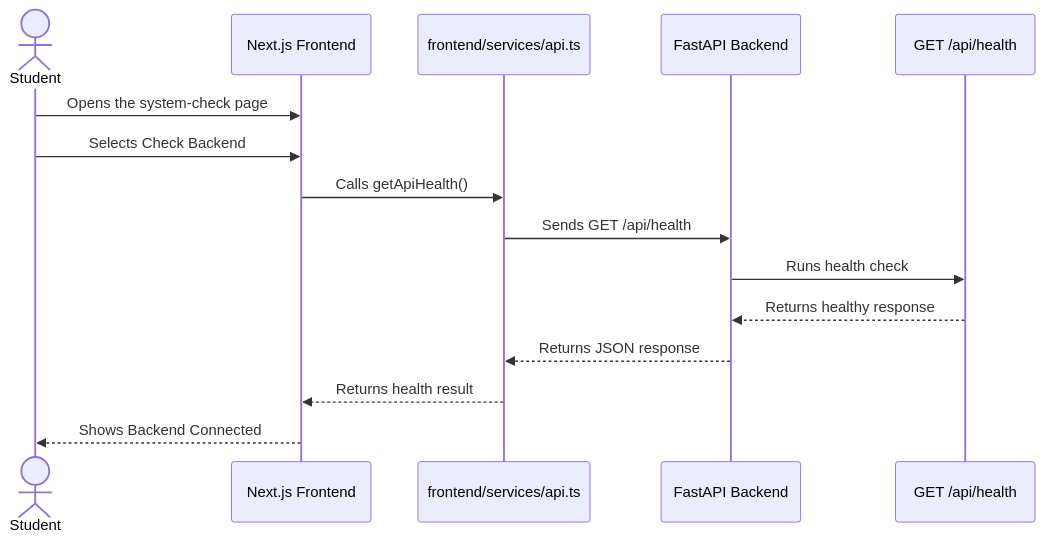
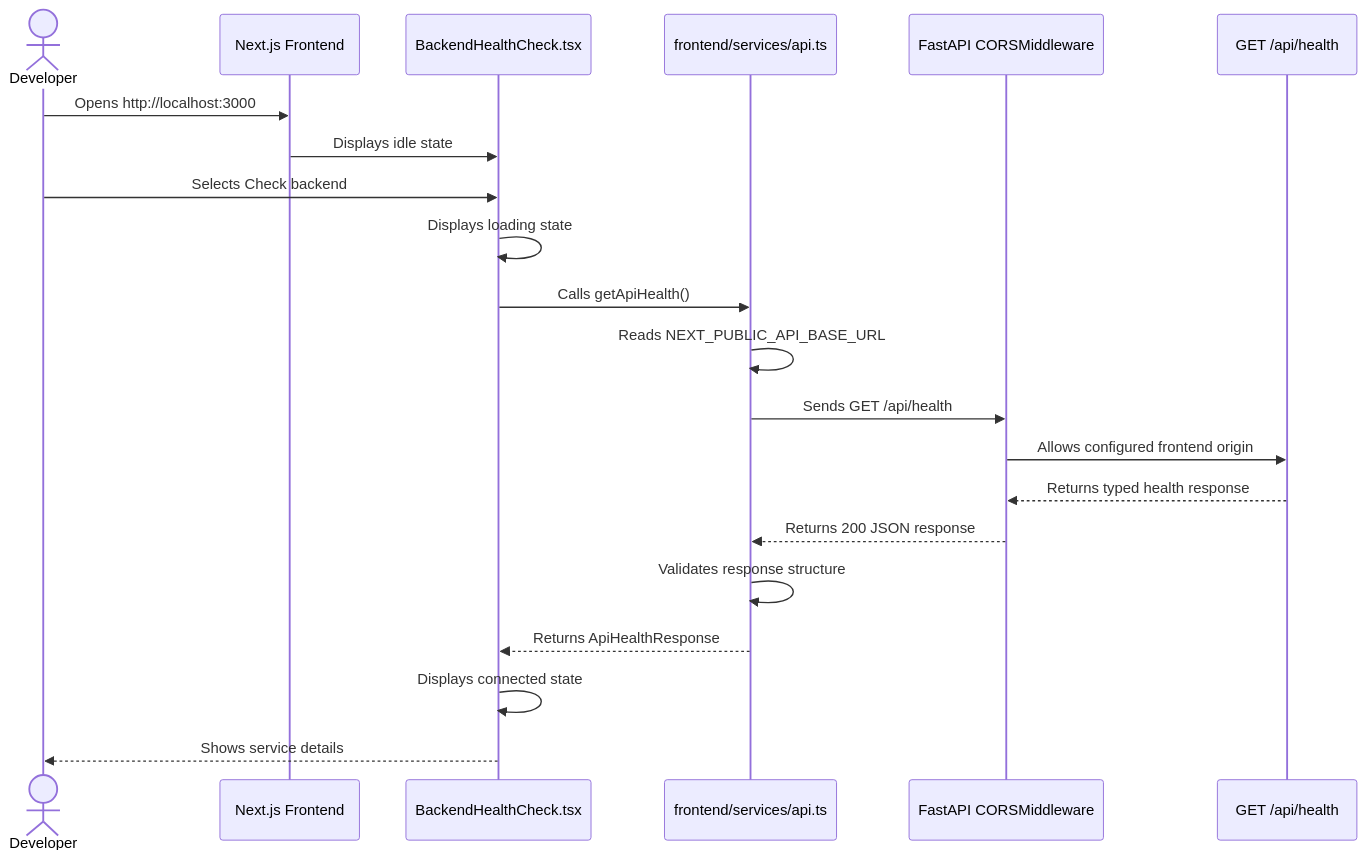
The seventh of 10 diagrams in docs/ARCHITECTURE.md (jianna-acc/stsp-capstone), drawn with Mermaid before and after one commit. The commit also changed other lines of this file and 11 other files, not shown here.

Commit message:
feat: connect frontend to FastAPI health endpoint

````diff
--- a/docs/ARCHITECTURE.md
+++ b/docs/ARCHITECTURE.md
@@ -233,18 +254,25 @@
 ```mermaid
 sequenceDiagram
-    actor Student
+    actor Developer
     participant Frontend as Next.js Frontend
+    participant Component as BackendHealthCheck.tsx
     participant APIService as frontend/services/api.ts
-    participant FastAPI as FastAPI Backend
+    participant CORS as FastAPI CORSMiddleware
     participant HealthRoute as GET /api/health
 
-    Student->>Frontend: Opens the system-check page
-    Student->>Frontend: Selects Check Backend
-    Frontend->>APIService: Calls getApiHealth()
-    APIService->>FastAPI: Sends GET /api/health
-    FastAPI->>HealthRoute: Runs health check
-    HealthRoute-->>FastAPI: Returns healthy response
-    FastAPI-->>APIService: Returns JSON response
-    APIService-->>Frontend: Returns health result
-    Frontend-->>Student: Shows Backend Connected
+    Developer->>Frontend: Opens http://localhost:3000
+    Frontend->>Component: Displays idle state
+
+    Developer->>Component: Selects Check backend
+    Component->>Component: Displays loading state
+    Component->>APIService: Calls getApiHealth()
+    APIService->>APIService: Reads NEXT_PUBLIC_API_BASE_URL
+    APIService->>CORS: Sends GET /api/health
+    CORS->>HealthRoute: Allows configured frontend origin
+    HealthRoute-->>CORS: Returns typed health response
+    CORS-->>APIService: Returns 200 JSON response
+    APIService->>APIService: Validates response structure
+    APIService-->>Component: Returns ApiHealthResponse
+    Component->>Component: Displays connected state
+    Component-->>Developer: Shows service details
 ```
````
